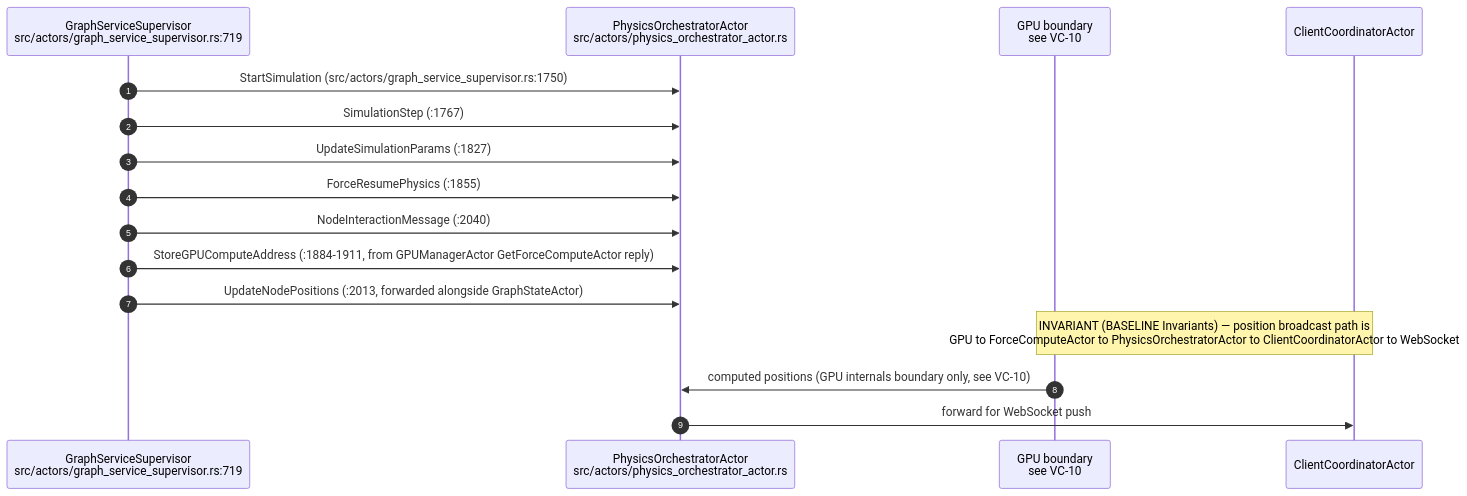
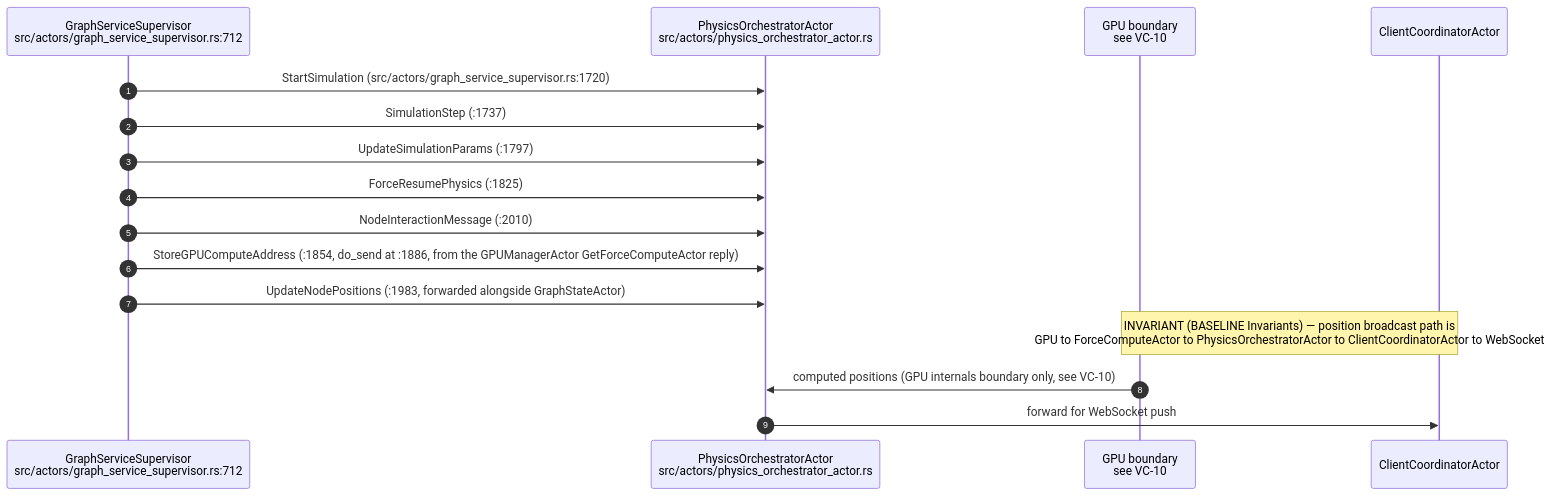
One commit to DreamLab-AI/AR-AI-Knowledge-Graph changed diagram 12 of 20 in docs/diagrams/visionclaw/02-actor-supervision.md. Above: the diagram before and after it, drawn with Mermaid. The commit also changed other lines of this file and 172 other files, not shown here.

````diff
--- a/docs/diagrams/visionclaw/02-actor-supervision.md
+++ b/docs/diagrams/visionclaw/02-actor-supervision.md
@@ -454,19 +444,19 @@
 ```mermaid
 sequenceDiagram
     autonumber
-    participant GSS as GraphServiceSupervisor<br/>src/actors/graph_service_supervisor.rs:719
+    participant GSS as GraphServiceSupervisor<br/>src/actors/graph_service_supervisor.rs:712
     participant PO as PhysicsOrchestratorActor<br/>src/actors/physics_orchestrator_actor.rs
     participant GPU as GPU boundary<br/>see VC-10
     participant CC as ClientCoordinatorActor
 
-    GSS->>PO: StartSimulation (src/actors/graph_service_supervisor.rs:1750)
-    GSS->>PO: SimulationStep (:1767)
-    GSS->>PO: UpdateSimulationParams (:1827)
-    GSS->>PO: ForceResumePhysics (:1855)
-    GSS->>PO: NodeInteractionMessage (:2040)
-    GSS->>PO: StoreGPUComputeAddress (:1884-1911, from GPUManagerActor GetForceComputeActor reply)
-    GSS->>PO: UpdateNodePositions (:2013, forwarded alongside GraphStateActor)
+    GSS->>PO: StartSimulation (src/actors/graph_service_supervisor.rs:1720)
+    GSS->>PO: SimulationStep (:1737)
+    GSS->>PO: UpdateSimulationParams (:1797)
+    GSS->>PO: ForceResumePhysics (:1825)
+    GSS->>PO: NodeInteractionMessage (:2010)
+    GSS->>PO: StoreGPUComputeAddress (:1854, do_send at :1886, from the GPUManagerActor GetForceComputeActor reply)
+    GSS->>PO: UpdateNodePositions (:1983, forwarded alongside GraphStateActor)
     Note over GPU,CC: INVARIANT (BASELINE Invariants) — position broadcast path is<br/>GPU to ForceComputeActor to PhysicsOrchestratorActor to ClientCoordinatorActor to WebSocket
     GPU->>PO: computed positions (GPU internals boundary only, see VC-10)
     PO->>CC: forward for WebSocket push
 ```
````
